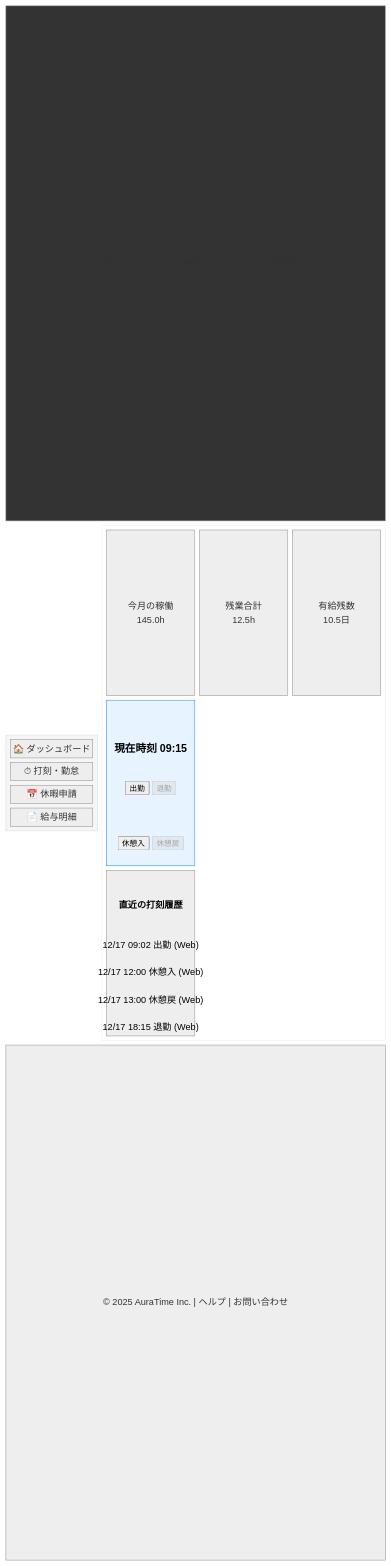
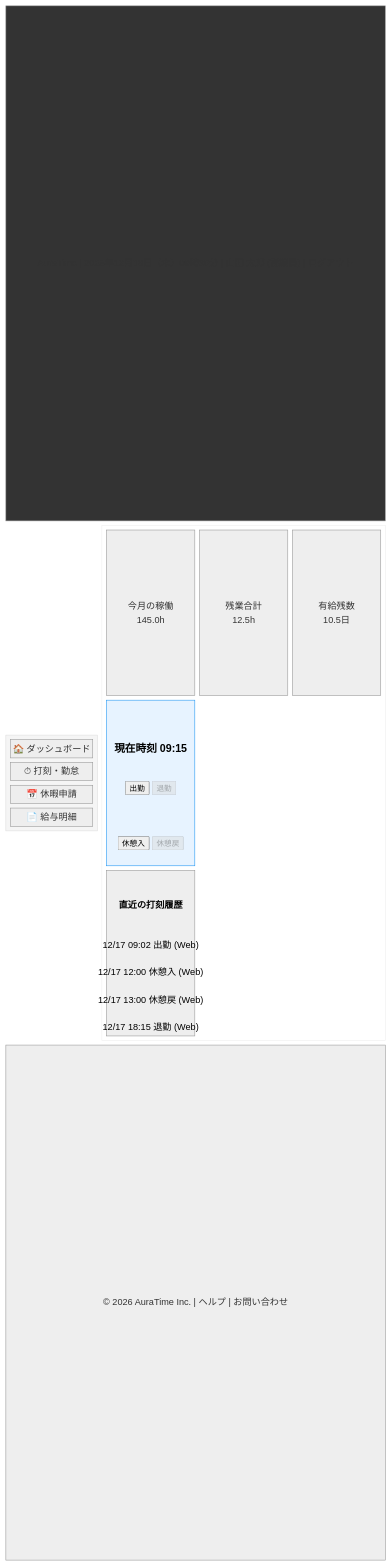
Before and after one commit to mshrynzw/AuraTime: the diagram in docs/210_画面レイアウト案.mmd, drawn with Mermaid (neutral theme). The commit also changed 7 other files, not shown here.

```diff
--- a/docs/210_画面レイアウト案.mmd
+++ b/docs/210_画面レイアウト案.mmd
@@ -1,47 +1,47 @@
 block-beta
     columns 4
     
     %% 共通ヘッダー
     header["AuraTime | 2025年12月18日（木）09時30分 | 山田 太郎 (従業員) | ログアウト"]:4
     
     %% サイドバーとメインコンテンツ
     block:side:1
         columns 1
         menu1["🏠 ダッシュボード"]
         menu2["⏱ 打刻・勤怠"]
         menu3["📅 休暇申請"]
         menu4["📄 給与明細"]
     end
     
     block:main:3
         columns 3
         %% 上段：クイック統計
         stat1["今月の稼働<br/>145.0h"]:1
         stat2["残業合計<br/>12.5h"]:1
         stat3["有給残数<br/>10.5日"]:1
         
         %% 中段：メイン操作（打刻）
         clock_area["
             <h3>現在時刻 09:15</h3>
             <button>出勤</button> <button disabled>退勤</button>
             <br/><br/>
             <button>休憩入</button> <button disabled>休憩戻</button>
         "]:3
         
         %% 下段：直近の履歴
         history_list["
             <h4>直近の打刻履歴</h4>
             12/17 09:02 出勤 (Web)<br/>
             12/17 12:00 休憩入 (Web)<br/>
             12/17 13:00 休憩戻 (Web)<br/>
             12/17 18:15 退勤 (Web)
         "]:3
     end
     
     %% フッター
-    footer["© 2025 AuraTime Inc. | ヘルプ | お問い合わせ"]:4
+    footer["© 2026 AuraTime Inc. | ヘルプ | お問い合わせ"]:4
 
     style side fill:#f5f5f5,stroke:#ddd
     style main fill:#fff,stroke:#eee
     style header fill:#333,color:#fff
     style clock_area fill:#e7f3ff,stroke:#2196f3
```
